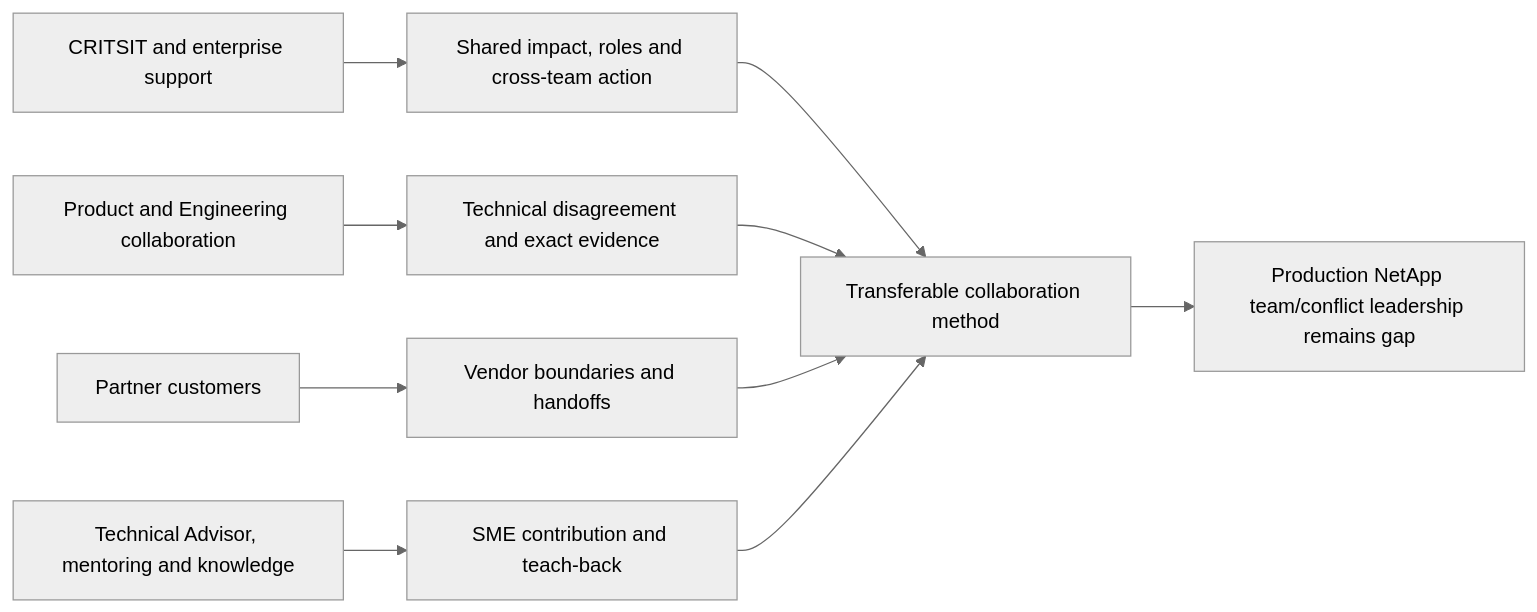
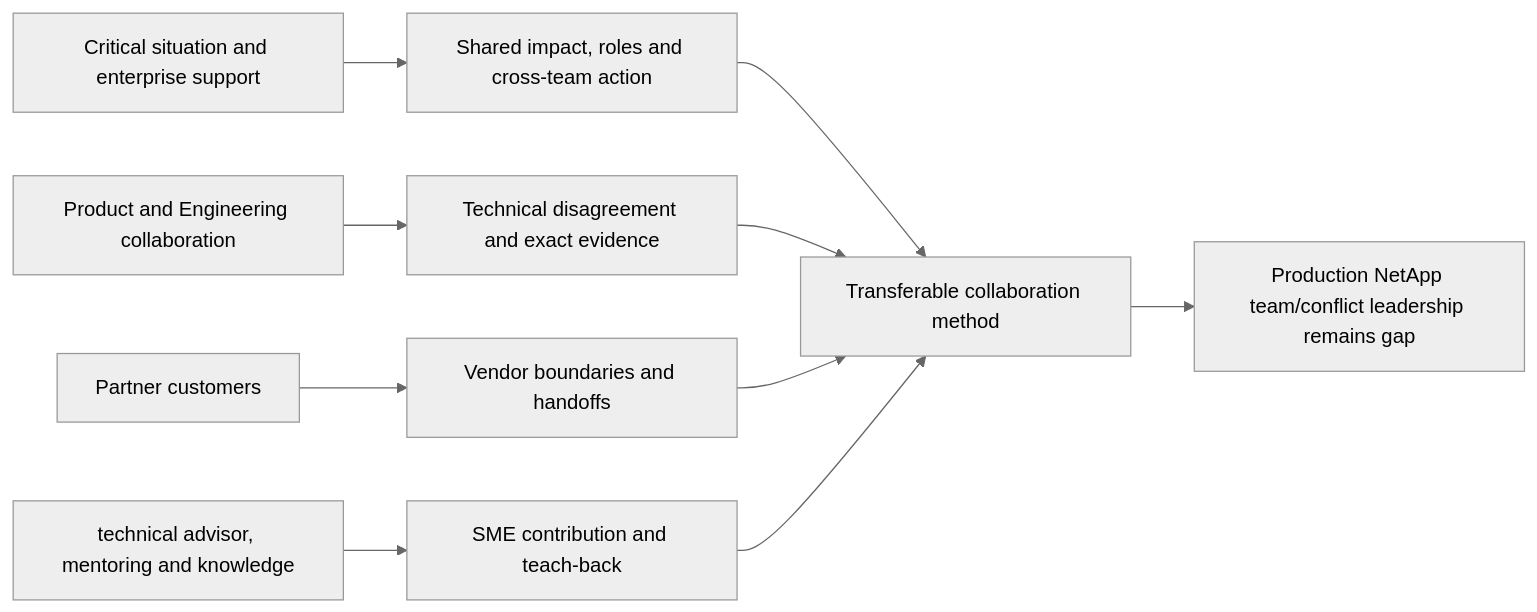
One commit to hichauhan-in/Interview-Prep changed diagram 21 of 22 in NetApp TAM/prep/Part-70-cross-functional-sme-conflict.md. Above: the diagram before and after it, drawn with Mermaid (neutral theme). The commit also changed other lines of this file and 493 other files, not shown here.

````diff
--- a/NetApp TAM/prep/Part-70-cross-functional-sme-conflict.md
+++ b/NetApp TAM/prep/Part-70-cross-functional-sme-conflict.md
@@ -750,12 +750,12 @@
 ```mermaid
 flowchart LR
-    CRIT[CRITSIT and enterprise support] --> COORD[Shared impact, roles and cross-team action]
+    CRIT[Critical situation and enterprise support] --> COORD[Shared impact, roles and cross-team action]
     ENG[Product and Engineering collaboration] --> EVID[Technical disagreement and exact evidence]
     PART[Partner customers] --> VENDOR[Vendor boundaries and handoffs]
-    TA[Technical Advisor, mentoring and knowledge] --> SME[SME contribution and teach-back]
+    TA[technical advisor, mentoring and knowledge] --> SME[SME contribution and teach-back]
     COORD --> METHOD[Transferable collaboration method]
     EVID --> METHOD
     VENDOR --> METHOD
     SME --> METHOD
     METHOD --> GAP[Production NetApp team/conflict leadership remains gap]
 ```
````
